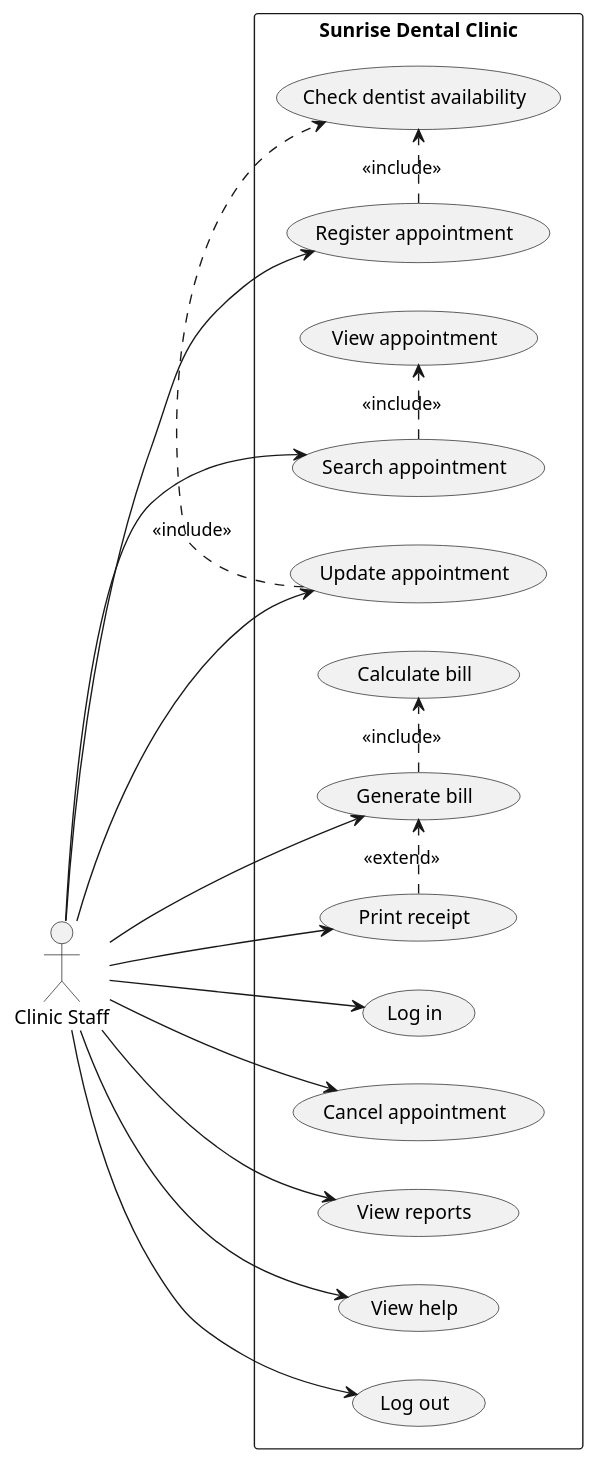
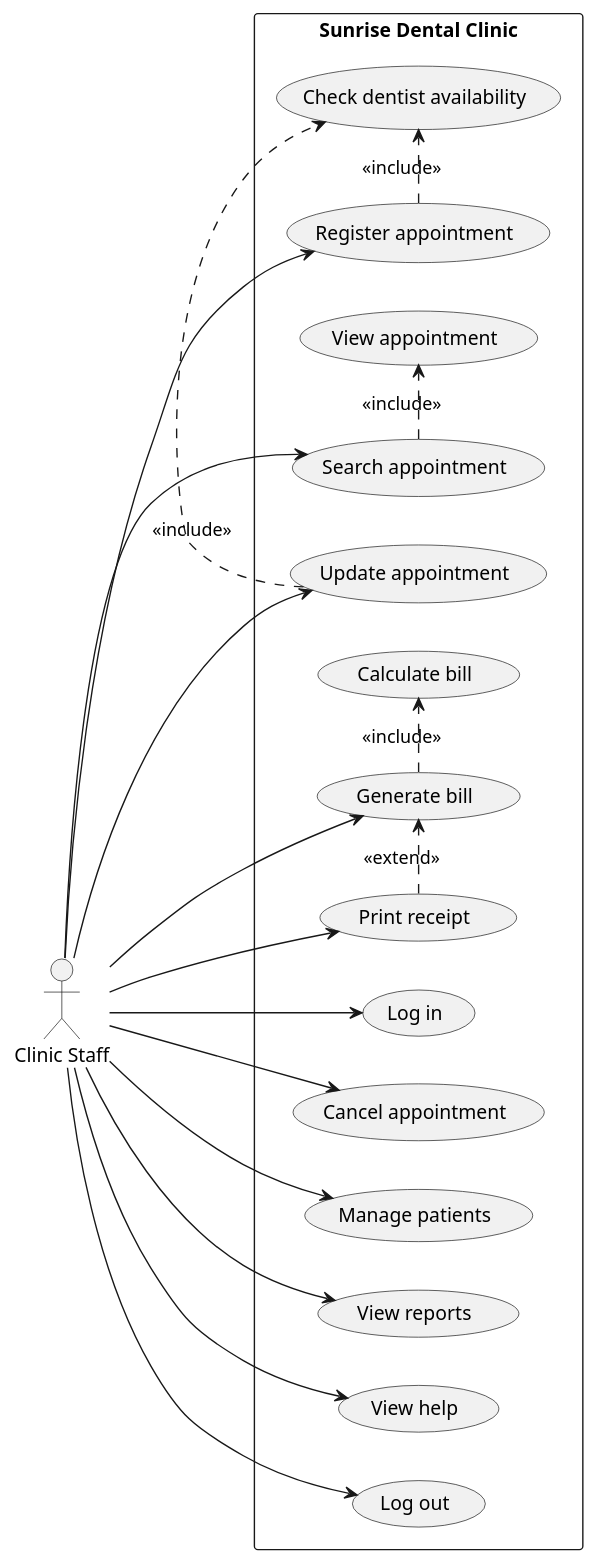
Before and after one commit to sdglhm/sunrise-dental-cis6003: the diagram in docs/uml/use-case.puml, drawn with PlantUML. The commit also changed 32 other files, not shown here.

```diff
--- a/docs/uml/use-case.puml
+++ b/docs/uml/use-case.puml
@@ -1,35 +1,37 @@
 @startuml
 left to right direction
 skinparam packageStyle rectangle
 actor "Clinic Staff" as Staff
 rectangle "Sunrise Dental Clinic" {
   usecase "Log in" as Login
   usecase "Register appointment" as Register
   usecase "Check dentist availability" as Availability
   usecase "Search appointment" as Search
   usecase "View appointment" as View
   usecase "Update appointment" as Update
   usecase "Cancel appointment" as Cancel
+  usecase "Manage patients" as Patients
   usecase "Calculate bill" as Calculate
   usecase "Generate bill" as Generate
   usecase "Print receipt" as Print
   usecase "View reports" as Reports
   usecase "View help" as Help
   usecase "Log out" as Logout
 }
 Staff --> Login
 Staff --> Register
 Staff --> Search
 Staff --> Update
 Staff --> Cancel
+Staff --> Patients
 Staff --> Generate
 Staff --> Print
 Staff --> Reports
 Staff --> Help
 Staff --> Logout
 Register .> Availability : <<include>>
 Search .> View : <<include>>
 Update .> Availability : <<include>>
 Generate .> Calculate : <<include>>
 Print .> Generate : <<extend>>
 @enduml
```
